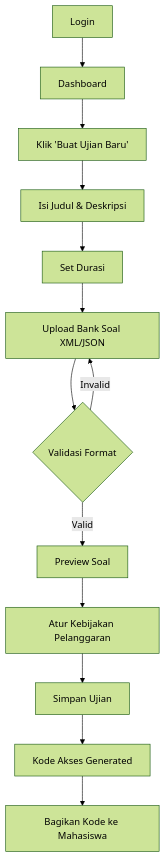
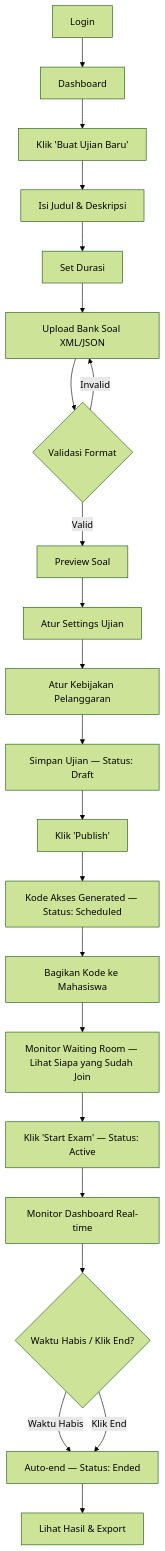
Before and after one commit to amdqeis/LockIt: the third of 6 diagrams in docs/PRD.md, drawn with Mermaid (forest theme). The commit also changed other lines of this file, not shown here.

````diff
--- a/docs/PRD.md
+++ b/docs/PRD.md
@@ -460,15 +653,24 @@
 ```mermaid
 flowchart TD
     A[Login] --> B[Dashboard]
     B --> C[Klik 'Buat Ujian Baru']
     C --> D[Isi Judul & Deskripsi]
     D --> E[Set Durasi]
     E --> F[Upload Bank Soal XML/JSON]
     F --> G{Validasi Format}
     G -->|Valid| H[Preview Soal]
     G -->|Invalid| F
-    H --> I[Atur Kebijakan Pelanggaran]
-    I --> J[Simpan Ujian]
-    J --> K[Kode Akses Generated]
-    K --> L[Bagikan Kode ke Mahasiswa]
+    H --> I[Atur Settings Ujian]
+    I --> J[Atur Kebijakan Pelanggaran]
+    J --> K[Simpan Ujian — Status: Draft]
+    K --> L[Klik 'Publish']
+    L --> M[Kode Akses Generated — Status: Scheduled]
+    M --> N[Bagikan Kode ke Mahasiswa]
+    N --> O[Monitor Waiting Room — Lihat Siapa yang Sudah Join]
+    O --> P[Klik 'Start Exam' — Status: Active]
+    P --> Q[Monitor Dashboard Real-time]
+    Q --> R{Waktu Habis / Klik End?}
+    R -->|Waktu Habis| S[Auto-end — Status: Ended]
+    R -->|Klik End| S
+    S --> T[Lihat Hasil & Export]
 ```
````
